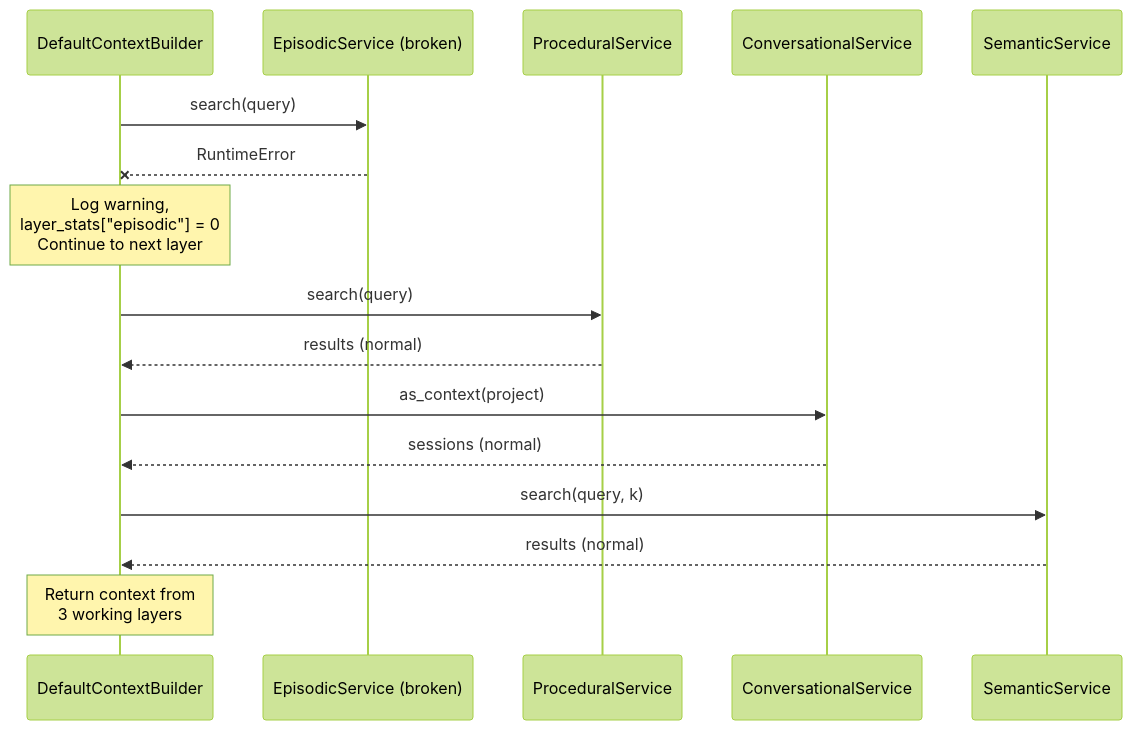
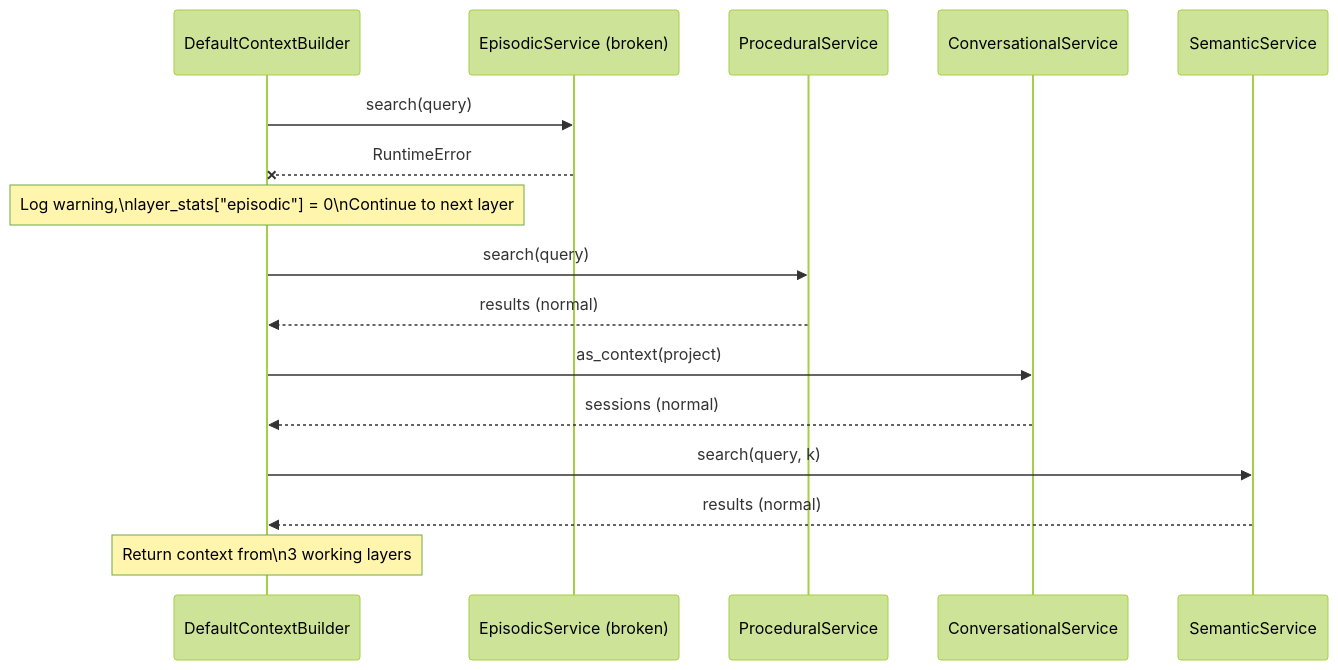
One commit to lfdesousa/AuditTrace-AI changed the second of 3 diagrams in docs/architecture/sequence-context-build.md. Above: the diagram before and after it, drawn with Mermaid (forest theme). The commit also changed other lines of this file and 4 other files, not shown here.

First line of the commit message:
fix(docs): replace HTML br tags with Mermaid newlines in sequence diagrams

````diff
--- a/docs/architecture/sequence-context-build.md
+++ b/docs/architecture/sequence-context-build.md
@@ -67,24 +67,24 @@
 ```mermaid
 sequenceDiagram
     participant Builder as DefaultContextBuilder
     participant Broken as EpisodicService (broken)
     participant Procedural as ProceduralService
     participant Conv as ConversationalService
     participant Semantic as SemanticService
 
     Builder->>Broken: search(query)
     Broken--xBuilder: RuntimeError
 
-    Note over Builder: Log warning,<br/>layer_stats["episodic"] = 0<br/>Continue to next layer
+    Note over Builder: Log warning,\nlayer_stats["episodic"] = 0\nContinue to next layer
 
     Builder->>Procedural: search(query)
     Procedural-->>Builder: results (normal)
 
     Builder->>Conv: as_context(project)
     Conv-->>Builder: sessions (normal)
 
     Builder->>Semantic: search(query, k)
     Semantic-->>Builder: results (normal)
 
-    Note over Builder: Return context from<br/>3 working layers
+    Note over Builder: Return context from\n3 working layers
 ```
````
